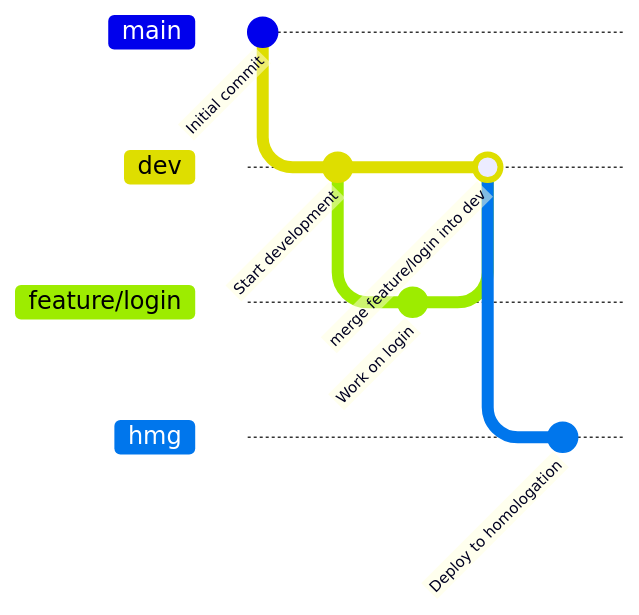
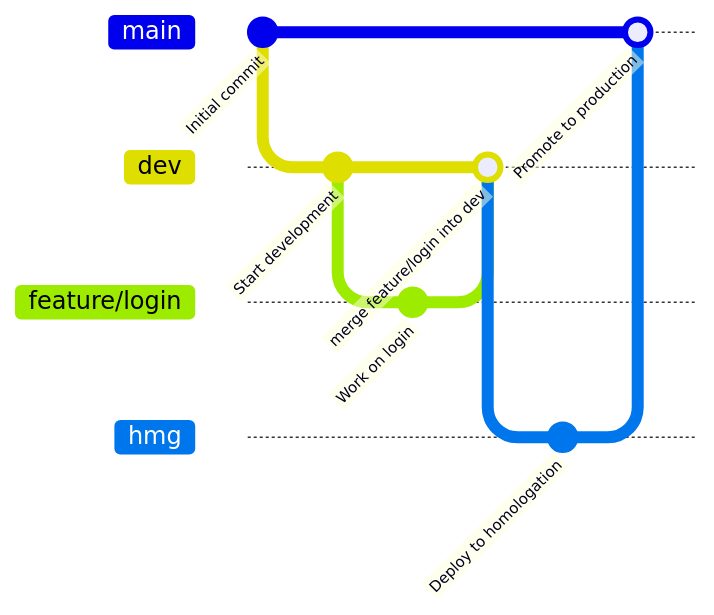
The diagram in README.md (filoroch/ministerioatos-calendarAPI), drawn with Mermaid before and after one commit. The commit also changed other lines of this file and 1 other file, not shown here.

````diff
--- a/README.md
+++ b/README.md
@@ -56,15 +80,17 @@
 ```mermaid
     gitGraph
         commit id: "Initial commit"
         branch dev
         checkout dev
         commit id: "Start development"
         branch feature/login
         checkout feature/login
         commit id: "Work on login"
         checkout dev
         merge feature/login id: "merge feature/login into dev"
         branch hmg
         checkout hmg
         commit id: "Deploy to homologation"
+        checkout main
+        merge hmg id: "Promote to production"
 ```
````
